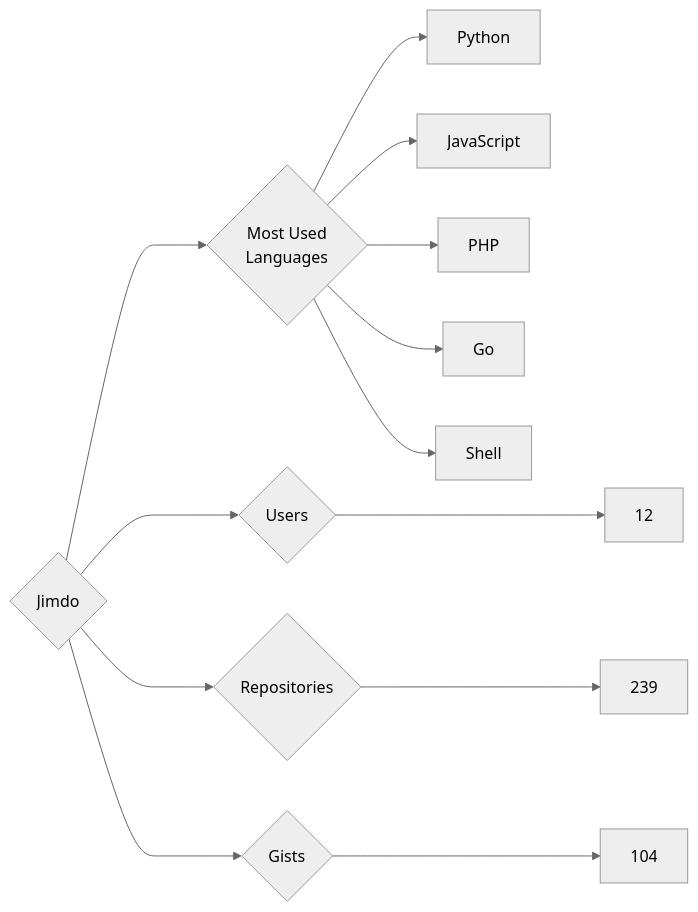
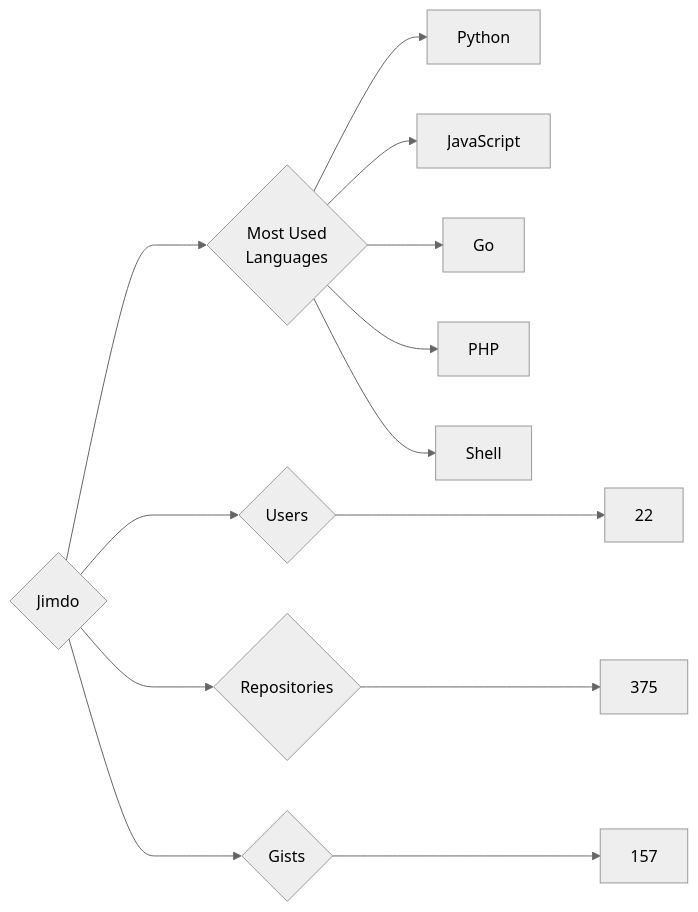
One commit to trickest/insiders changed the diagram in targets/Jimdo/README.md. Above: the diagram before and after it, drawn with Mermaid (neutral theme). The commit also changed 895 other files, not shown here.

````diff
--- a/targets/Jimdo/README.md
+++ b/targets/Jimdo/README.md
@@ -3,13 +3,13 @@
 ```mermaid
 graph LR
 COMPANY_NAME{Jimdo}
-COMPANY_NAME ---> U{Users} ---> UN[12]
-COMPANY_NAME ---> R{Repositories} ---> RN[239]
-COMPANY_NAME ---> G{Gists} ---> GN[104]
+COMPANY_NAME ---> U{Users} ---> UN[22]
+COMPANY_NAME ---> R{Repositories} ---> RN[375]
+COMPANY_NAME ---> G{Gists} ---> GN[157]
 COMPANY_NAME ---> ML{Most Used<br>Languages}
 ML --> Python[Python]
 ML --> JavaScript[JavaScript]
+ML --> Go[Go]
 ML --> PHP[PHP]
-ML --> Go[Go]
 ML --> Shell[Shell]
 ```
````
